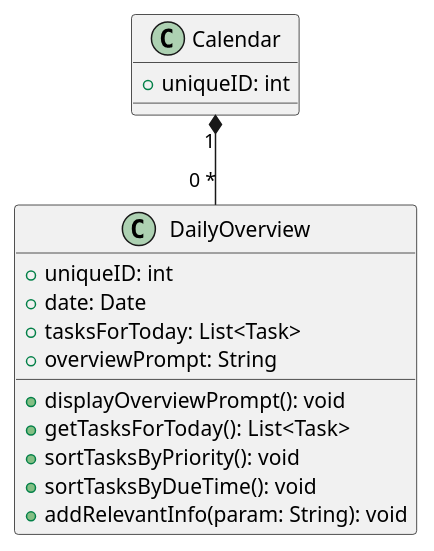
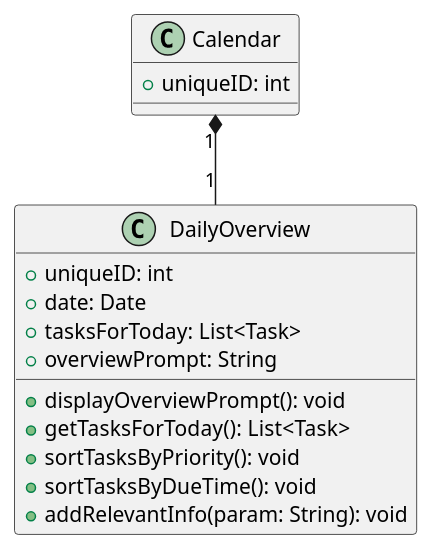
One commit to CS361-2024Fall-Term/Innovators changed the diagram in assignment6/daily-overview.puml. Above: the diagram before and after it, drawn with PlantUML.

Commit message:
dailyoverview updated 1-1

```diff
--- a/assignment6/daily-overview.puml
+++ b/assignment6/daily-overview.puml
@@ -1,22 +1,22 @@
 @startuml
 
 class DailyOverview {
     +uniqueID: int
     +date: Date
     +tasksForToday: List<Task>
     +overviewPrompt: String
 
     +displayOverviewPrompt(): void
     +getTasksForToday(): List<Task>
     +sortTasksByPriority(): void
     +sortTasksByDueTime(): void
     +addRelevantInfo(param: String): void
 }
 
 class Calendar {
     +uniqueID: int
 }
 
-Calendar "1" *-- "0 *" DailyOverview
+Calendar "1" *-- "1" DailyOverview
 
 @enduml
```
